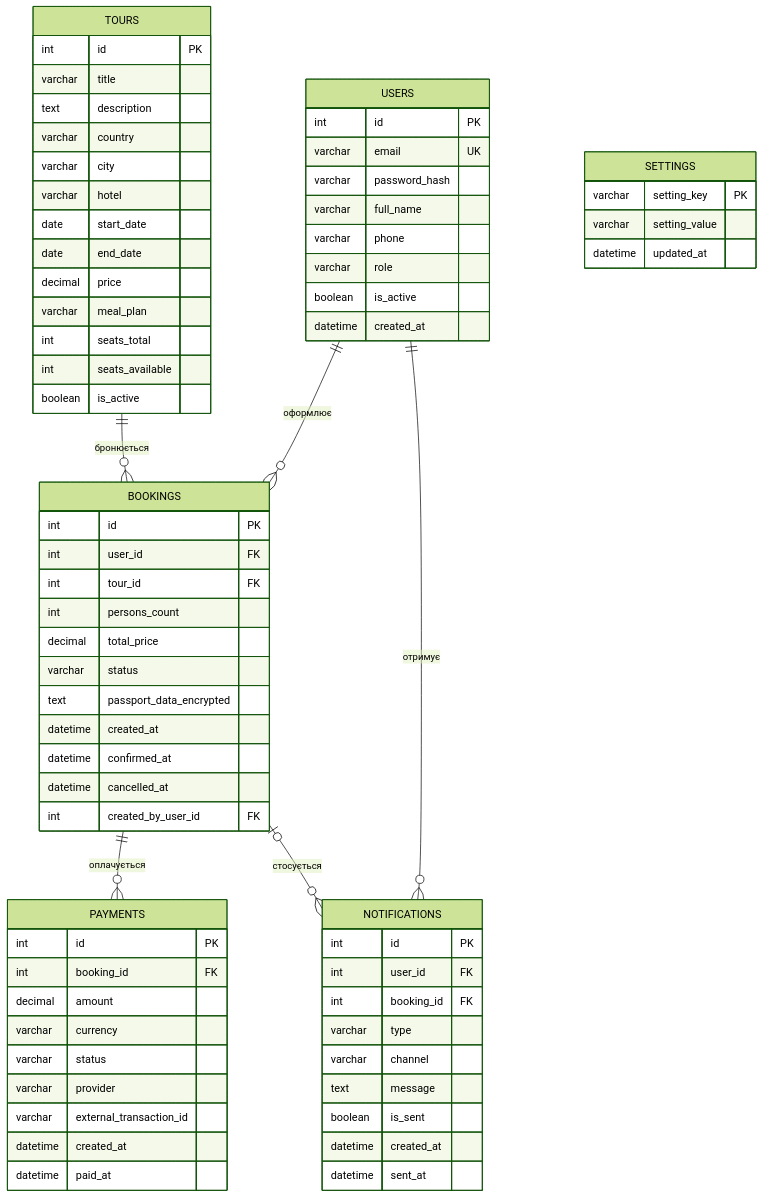
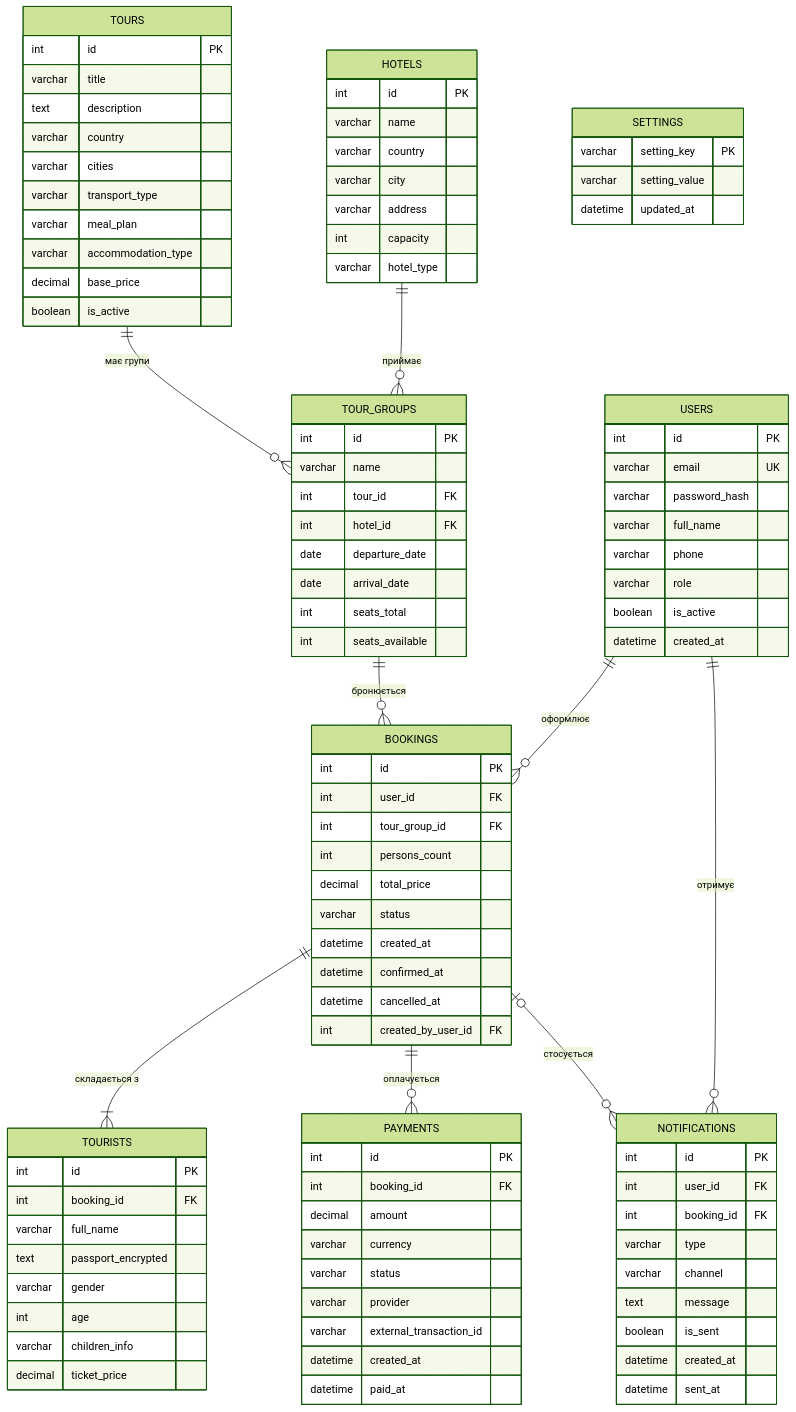
Before and after one commit to katerinauhimcuk40-lgtm/travel-agency: the sixth of 6 diagrams in docs/02-design.md, drawn with Mermaid (forest theme). The commit also changed other lines of this file, not shown here.

Commit message:
docs: align design with database model (Hotel, TourGroup, Tourist)

````diff
--- a/docs/02-design.md
+++ b/docs/02-design.md
@@ -476,7 +621,10 @@
 ```mermaid
 erDiagram
+    TOURS ||--o{ TOUR_GROUPS : "має групи"
+    HOTELS ||--o{ TOUR_GROUPS : "приймає"
+    TOUR_GROUPS ||--o{ BOOKINGS : "бронюється"
     USERS ||--o{ BOOKINGS : "оформлює"
-    TOURS ||--o{ BOOKINGS : "бронюється"
+    BOOKINGS ||--|{ TOURISTS : "складається з"
     BOOKINGS ||--o{ PAYMENTS : "оплачується"
     USERS ||--o{ NOTIFICATIONS : "отримує"
     BOOKINGS |o--o{ NOTIFICATIONS : "стосується"
@@ -496,28 +644,53 @@
         varchar title
         text description
         varchar country
+        varchar cities
+        varchar transport_type
+        varchar meal_plan
+        varchar accommodation_type
+        decimal base_price
+        boolean is_active
+    }
+    HOTELS {
+        int id PK
+        varchar name
+        varchar country
         varchar city
-        varchar hotel
-        date start_date
-        date end_date
-        decimal price
-        varchar meal_plan
+        varchar address
+        int capacity
+        varchar hotel_type
+    }
+    TOUR_GROUPS {
+        int id PK
+        varchar name
+        int tour_id FK
+        int hotel_id FK
+        date departure_date
+        date arrival_date
         int seats_total
         int seats_available
-        boolean is_active
     }
     BOOKINGS {
         int id PK
         int user_id FK
-        int tour_id FK
+        int tour_group_id FK
         int persons_count
         decimal total_price
         varchar status
-        text passport_data_encrypted
         datetime created_at
         datetime confirmed_at
         datetime cancelled_at
         int created_by_user_id FK
+    }
+    TOURISTS {
+        int id PK
+        int booking_id FK
+        varchar full_name
+        text passport_encrypted
+        varchar gender
+        int age
+        varchar children_info
+        decimal ticket_price
     }
     PAYMENTS {
         int id PK
````
